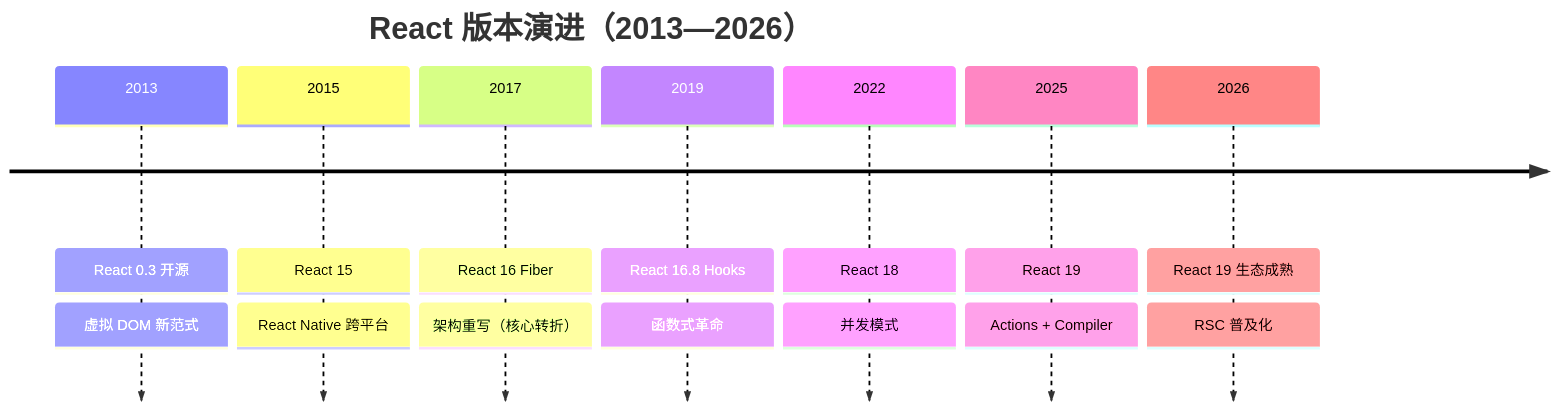
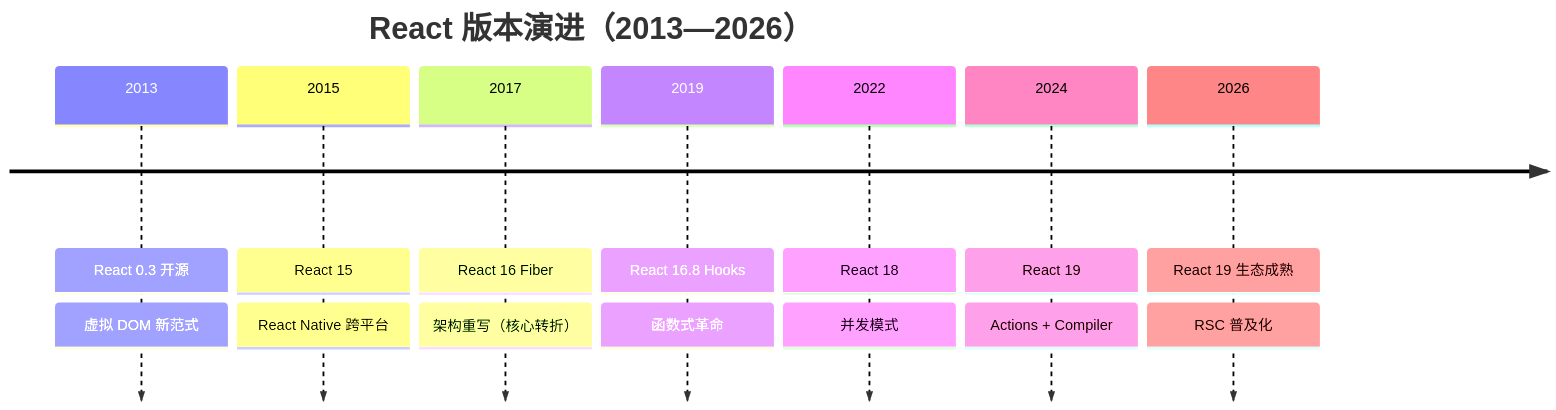
One commit to KMaybe01/common changed the third of 25 diagrams in S2-框架深入/03-React19学习指南.md. Above: the diagram before and after it, drawn with Mermaid. The commit also changed other lines of this file and 51 other files, not shown here.

````diff
--- a/S2-框架深入/03-React19学习指南.md
+++ b/S2-框架深入/03-React19学习指南.md
@@ -165,18 +165,18 @@
 ```mermaid
 timeline
     title React 版本演进（2013—2026）
     2013 : React 0.3 开源
          : 虚拟 DOM 新范式
     2015 : React 15
          : React Native 跨平台
     2017 : React 16 Fiber
          : 架构重写（核心转折）
     2019 : React 16.8 Hooks
          : 函数式革命
     2022 : React 18
          : 并发模式
-    2025 : React 19
+     2024 : React 19
          : Actions + Compiler
     2026 : React 19 生态成熟
          : RSC 普及化
 ```
````
